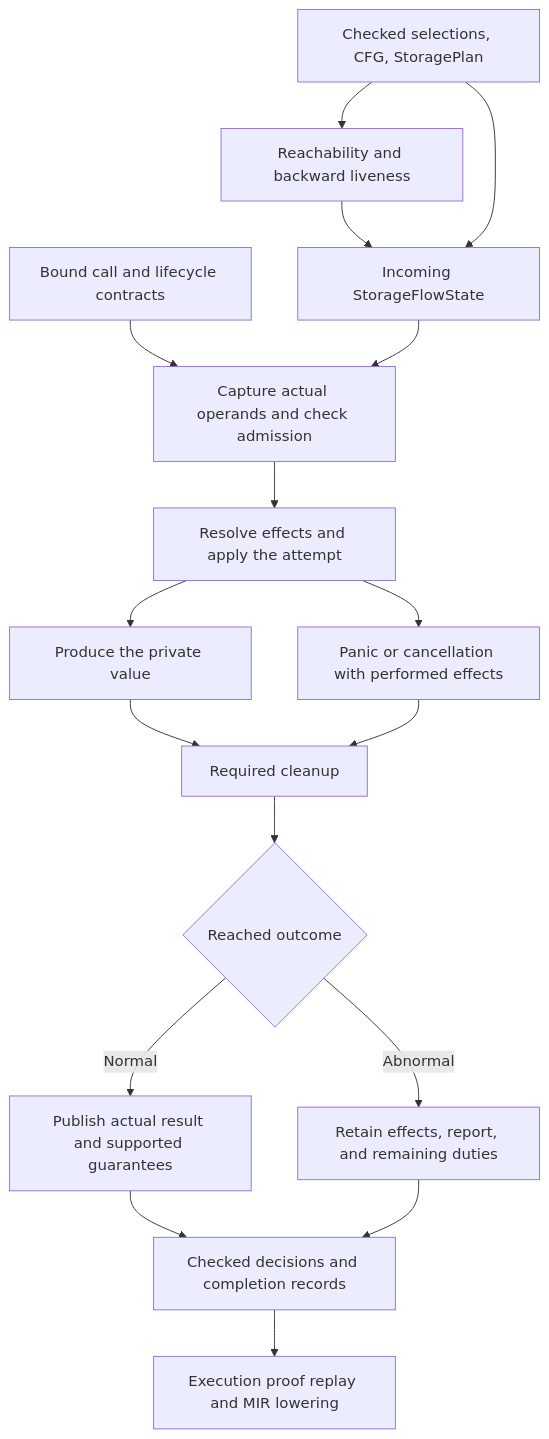
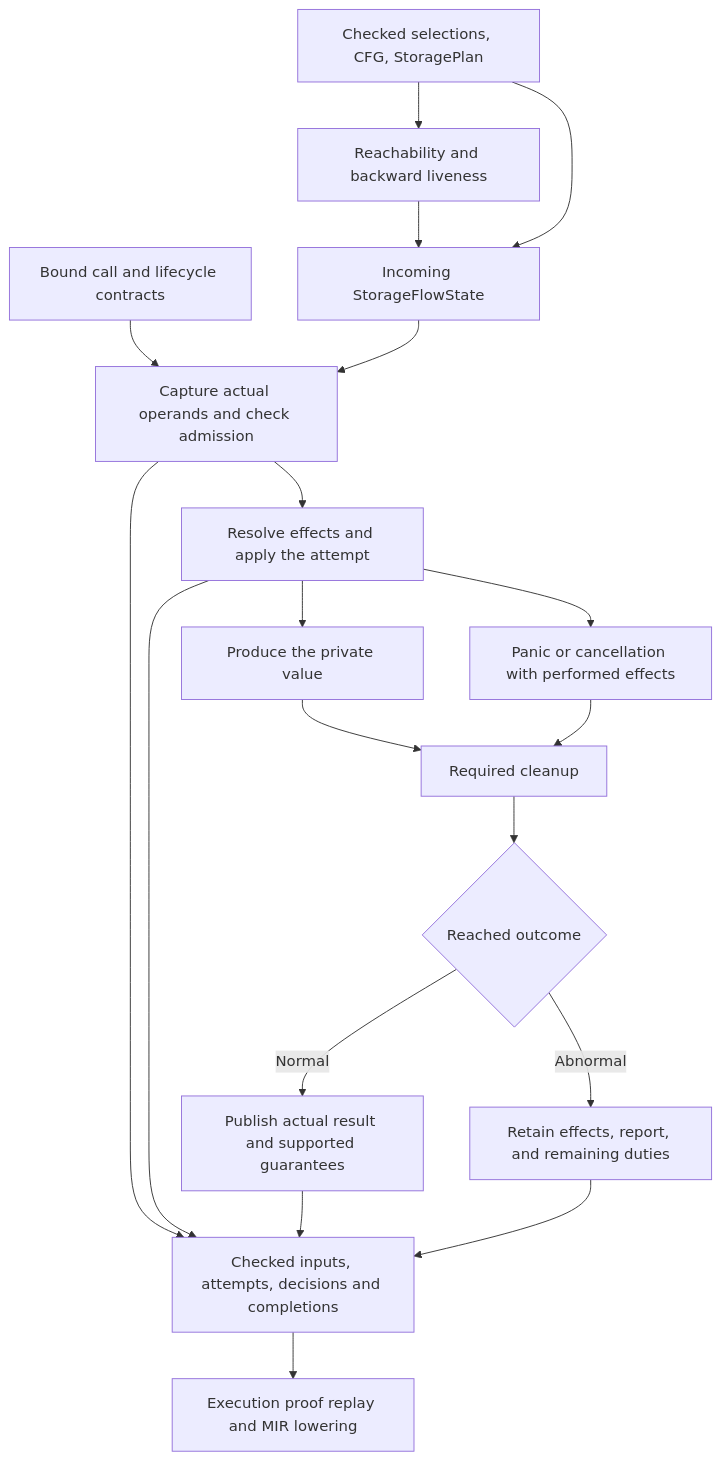
The second of 2 diagrams in docs/wip/bra-694-architecture.md (lejmer/bray), drawn with Mermaid before and after one commit. The commit also changed other lines of this file and 366 other files, not shown here.

````diff
--- a/docs/wip/bra-694-architecture.md
+++ b/docs/wip/bra-694-architecture.md
@@ -84,19 +138,21 @@
 ```mermaid
 flowchart TD
     Plan["Checked selections, CFG, StoragePlan"] --> Live["Reachability and backward liveness"]
     Live --> State["Incoming StorageFlowState"]
     Plan --> State
     Contracts["Bound call and lifecycle contracts"] --> Inputs
     State --> Inputs["Capture actual operands and check admission"]
     Inputs --> Apply["Resolve effects and apply the attempt"]
     Apply --> Private["Produce the private value"]
     Apply --> Failure["Panic or cancellation with performed effects"]
     Private --> Cleanup["Required cleanup"]
     Failure --> Cleanup
     Cleanup --> Exit{"Reached outcome"}
     Exit -->|Normal| Publish["Publish actual result and supported guarantees"]
     Exit -->|Abnormal| Report["Retain effects, report, and remaining duties"]
-    Publish --> Checked["Checked decisions and completion records"]
+    Inputs --> Checked["Checked inputs, attempts, decisions and completions"]
+    Apply --> Checked
+    Publish --> Checked
     Report --> Checked
     Checked --> Replay["Execution proof replay and MIR lowering"]
 ```
````
